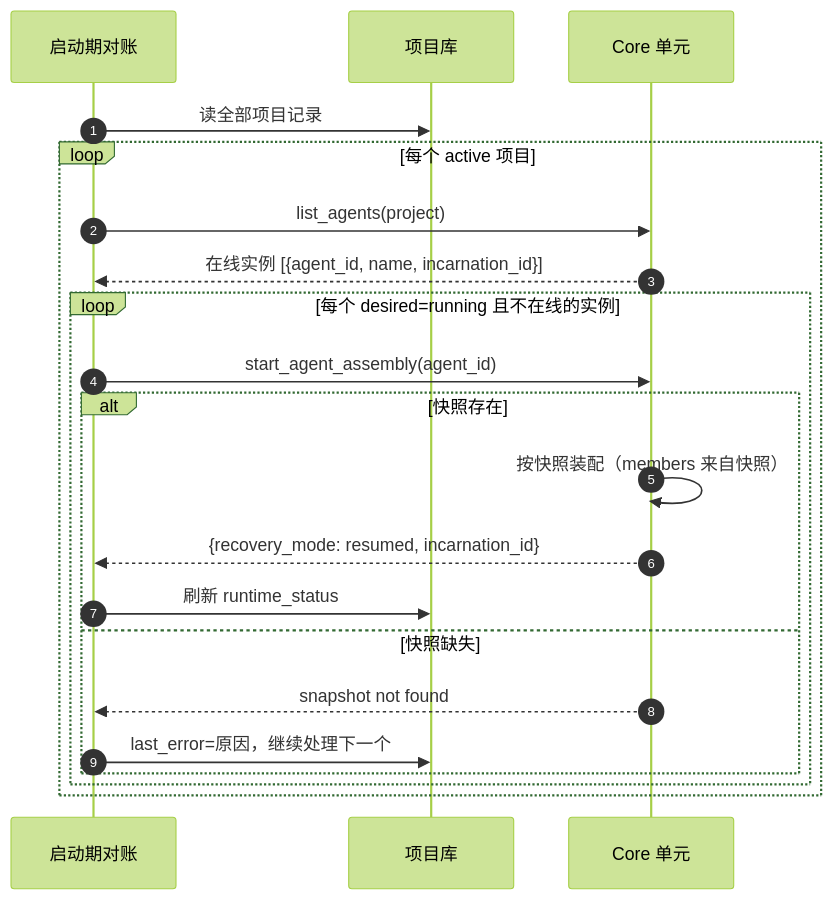
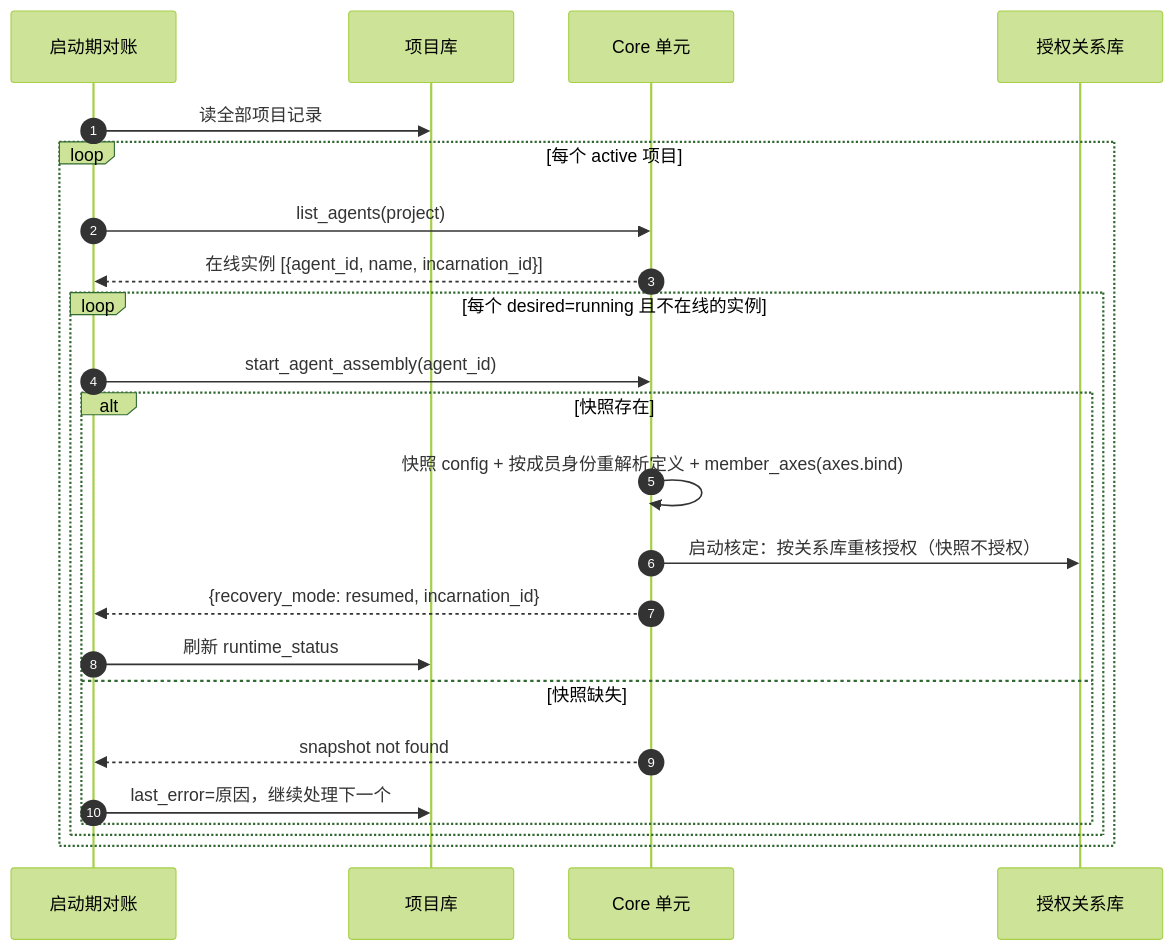
One commit to ghrah-org/ghrah-monorepo changed the fourth of 6 diagrams in docs/ghrah-10-agent-instantiation-design.md. Above: the diagram before and after it, drawn with Mermaid (forest theme). The commit also changed other lines of this file and 15 other files, not shown here.

````diff
--- a/docs/ghrah-10-agent-instantiation-design.md
+++ b/docs/ghrah-10-agent-instantiation-design.md
@@ -692,24 +751,26 @@
 ```mermaid
 sequenceDiagram
     autonumber
     participant BOOT as 启动期对账
     participant DB as 项目库
     participant CORE as Core 单元
+    participant REL as 授权关系库
 
     BOOT->>DB: 读全部项目记录
     loop 每个 active 项目
         BOOT->>CORE: list_agents(project)
         CORE-->>BOOT: 在线实例 [{agent_id, name, incarnation_id}]
         loop 每个 desired=running 且不在线的实例
             BOOT->>CORE: start_agent_assembly(agent_id)
             alt 快照存在
-                CORE->>CORE: 按快照装配（members 来自快照）
+                CORE->>CORE: 快照 config + 按成员身份重解析定义 + member_axes(axes.bind)
+                CORE->>REL: 启动核定：按关系库重核授权（快照不授权）
                 CORE-->>BOOT: {recovery_mode: resumed, incarnation_id}
                 BOOT->>DB: 刷新 runtime_status
             else 快照缺失
                 CORE-->>BOOT: snapshot not found
                 BOOT->>DB: last_error=原因，继续处理下一个
             end
         end
     end
 ```
````
